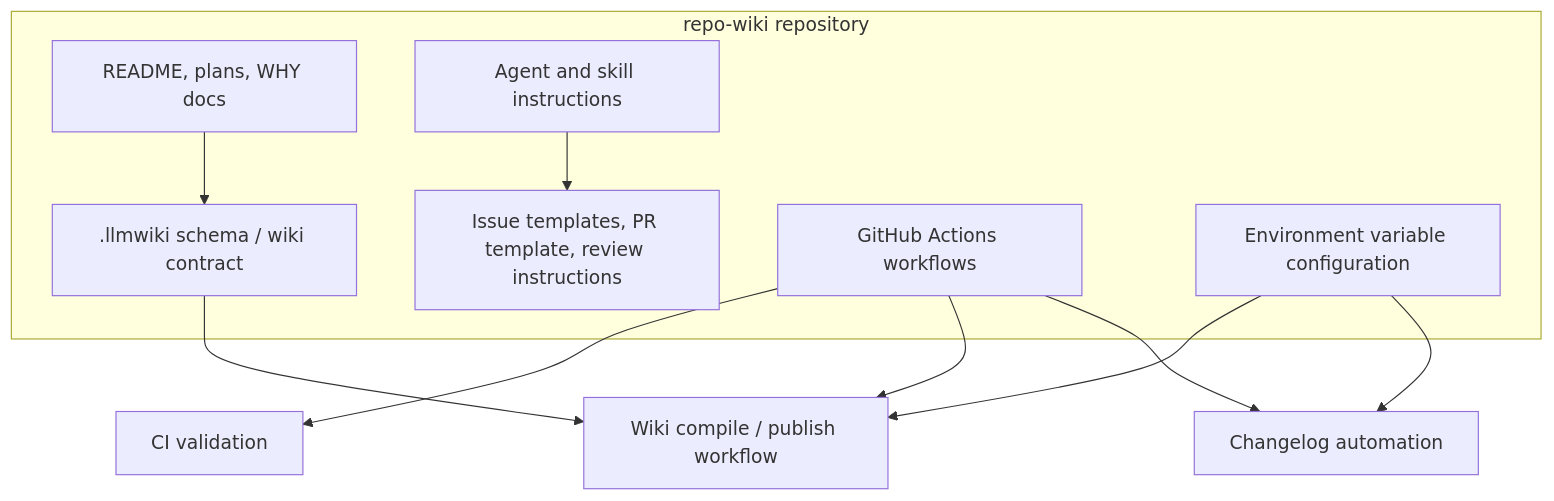
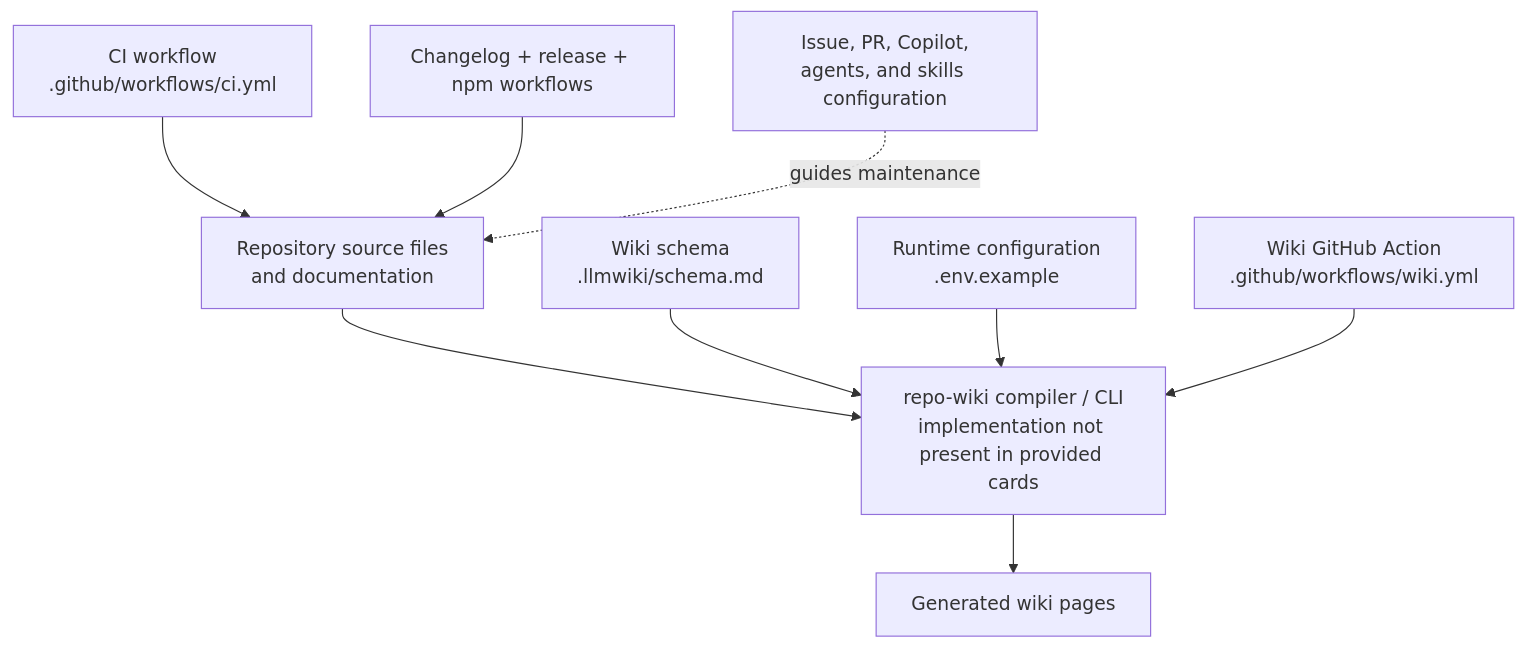
One commit to mfittko/repo-wiki changed the second of 4 diagrams in Architecture.md. Above: the diagram before and after it, drawn with Mermaid. The commit also changed other lines of this file and 46 other files, not shown here.

Commit message:
Compile repository wiki 2026-06-13T08:35:19.100Z

````diff
--- a/Architecture.md
+++ b/Architecture.md
@@ -122,20 +163,21 @@
 ```mermaid
 flowchart TB
-    subgraph Repo["repo-wiki repository"]
-        Schema[".llmwiki schema / wiki contract"]
-        Docs["README, plans, WHY docs"]
-        Governance["Issue templates, PR template, review instructions"]
-        Agents["Agent and skill instructions"]
-        Workflows["GitHub Actions workflows"]
-        EnvConfig["Environment variable configuration"]
-    end
+    Sources["Repository source files\nand documentation"]
+    Schema["Wiki schema\n.llmwiki/schema.md"]
+    Config["Runtime configuration\n.env.example"]
+    Compiler["repo-wiki compiler / CLI\nimplementation not present in provided cards"]
+    WikiOutput["Generated wiki pages"]
+    WikiWorkflow["Wiki GitHub Action\n.github/workflows/wiki.yml"]
+    CI["CI workflow\n.github/workflows/ci.yml"]
+    Release["Changelog + release + npm workflows"]
+    Collab["Issue, PR, Copilot,\nagents, and skills configuration"]
 
-    Workflows --> CI["CI validation"]
-    Workflows --> Wiki["Wiki compile / publish workflow"]
-    Workflows --> ChangeLog["Changelog automation"]
-    EnvConfig --> Wiki
-    EnvConfig --> ChangeLog
-    Schema --> Wiki
-    Agents --> Governance
-    Docs --> Schema
+    Sources --> Compiler
+    Schema --> Compiler
+    Config --> Compiler
+    Compiler --> WikiOutput
+    WikiWorkflow --> Compiler
+    CI --> Sources
+    Release --> Sources
+    Collab -.guides maintenance.-> Sources
 ```
````
